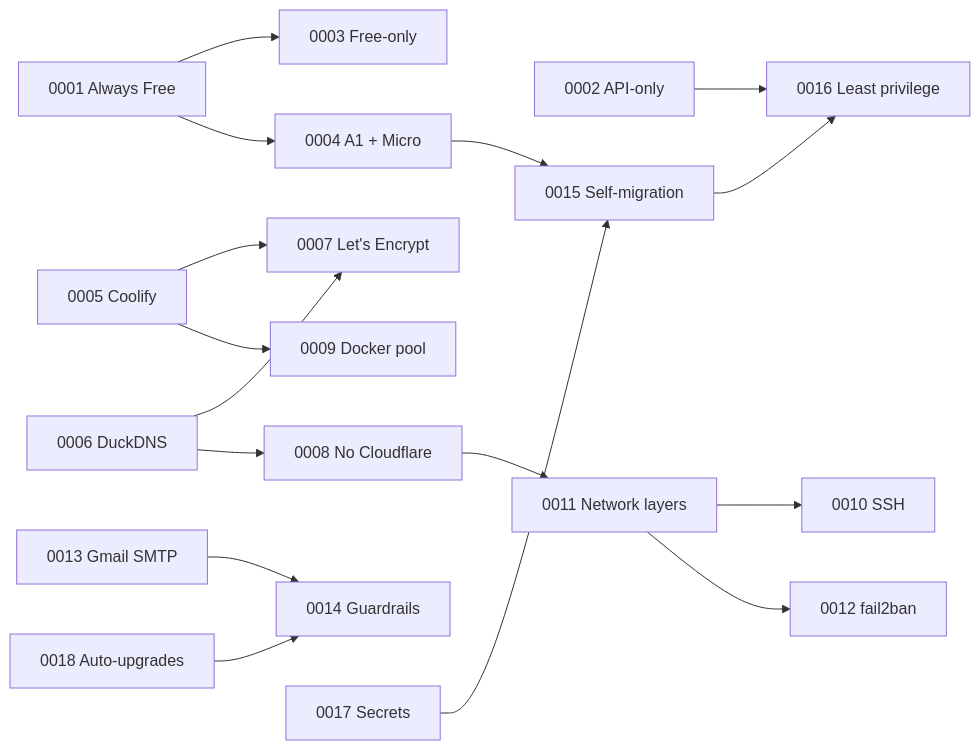
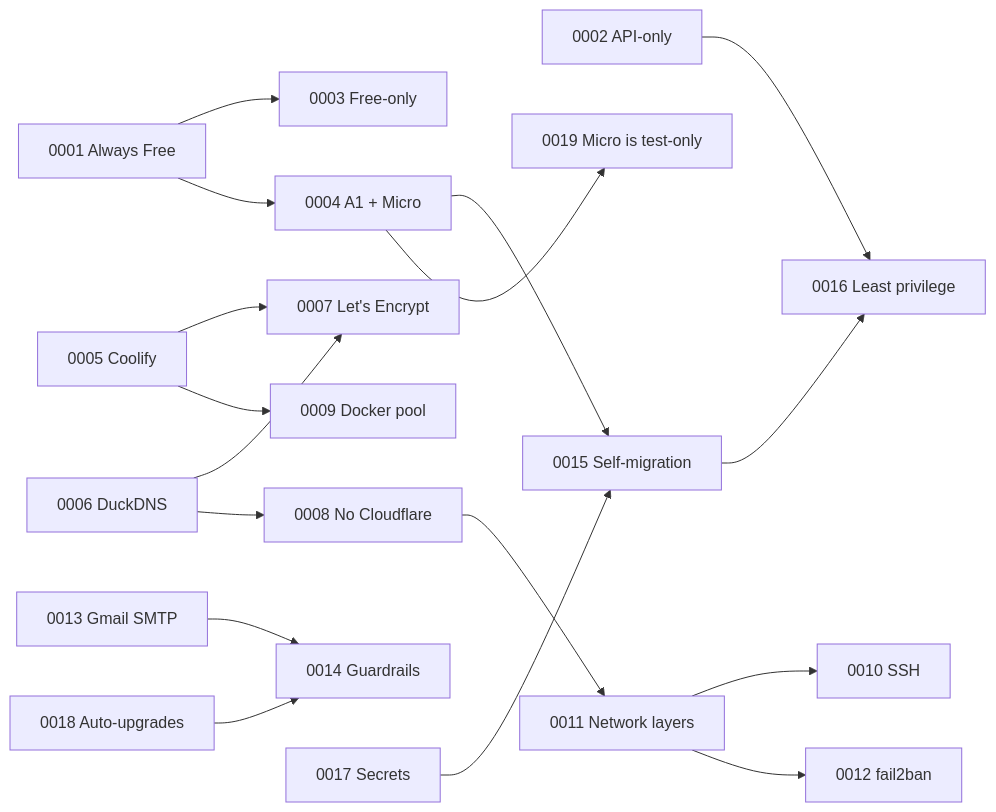
One commit to 855princekumar/zero-cost-paas changed the diagram in docs/adr/README.md. Above: the diagram before and after it, drawn with Mermaid. The commit also changed other lines of this file and 11 other files, not shown here.

First line of the commit message:
Document AMD Micro limits: benchmark, tuning, test box vs A1 production

````diff
--- a/docs/adr/README.md
+++ b/docs/adr/README.md
@@ -41,18 +42,19 @@
 ```mermaid
 flowchart LR
   A0001[0001 Always Free] --> A0003[0003 Free-only]
   A0001 --> A0004[0004 A1 + Micro]
   A0002[0002 API-only] --> A0016[0016 Least privilege]
   A0004 --> A0015[0015 Self-migration]
+  A0004 --> A0019[0019 Micro is test-only]
   A0015 --> A0016
   A0005[0005 Coolify] --> A0007[0007 Let's Encrypt]
   A0006[0006 DuckDNS] --> A0007
   A0006 --> A0008[0008 No Cloudflare]
   A0008 --> A0011[0011 Network layers]
   A0005 --> A0009[0009 Docker pool]
   A0011 --> A0010[0010 SSH]
   A0011 --> A0012[0012 fail2ban]
   A0013[0013 Gmail SMTP] --> A0014[0014 Guardrails]
   A0018[0018 Auto-upgrades] --> A0014
   A0017[0017 Secrets] --> A0015
 ```
````
